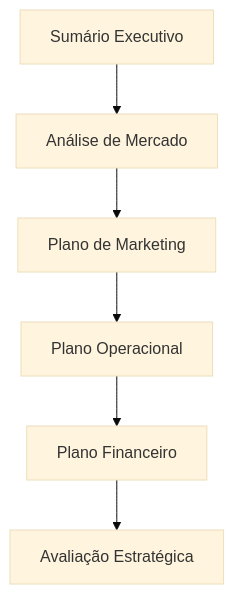
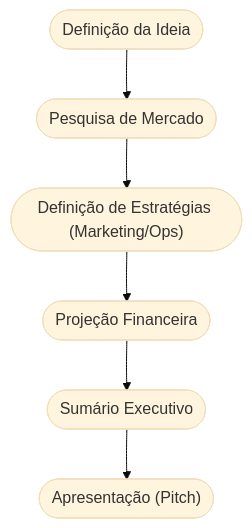
One commit to ricardotecpro/adm_gestao_dmn changed the diagram in docs/slides/src/slide-06.md. Above: the diagram before and after it, drawn with Mermaid (base theme). The commit also changed other lines of this file and 171 other files, not shown here.

````diff
--- a/docs/slides/src/slide-06.md
+++ b/docs/slides/src/slide-06.md
@@ -25,8 +51,8 @@
 ```mermaid
 graph TD
-    A["Sumário Executivo"] --> B["Análise de Mercado"]
-    B --> C["Plano de Marketing"]
-    C --> D["Plano Operacional"]
-    D --> E["Plano Financeiro"]
-    E --> F["Avaliação Estratégica"]
+    A(["Definição da Ideia"]) --> B(["Pesquisa de Mercado"])
+    B --> C(["Definição de Estratégias (Marketing/Ops)"])
+    C --> D(["Projeção Financeira"])
+    D --> E(["Sumário Executivo"])
+    E --> F(["Apresentação (Pitch)"])
 ```
````
